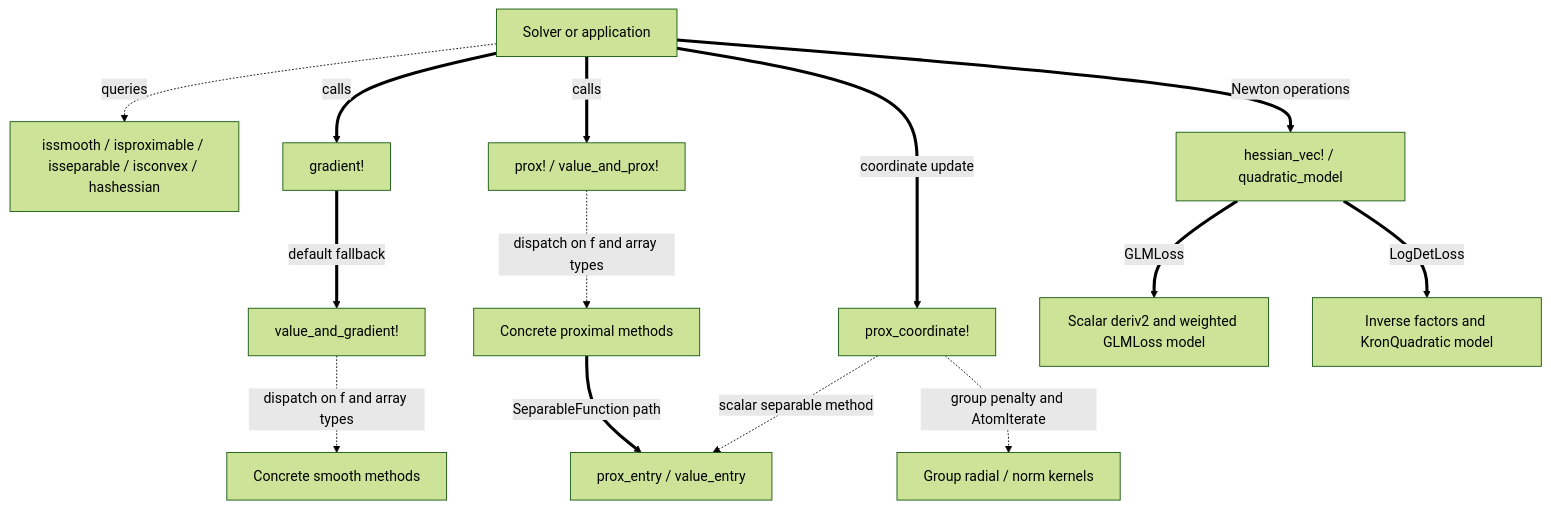
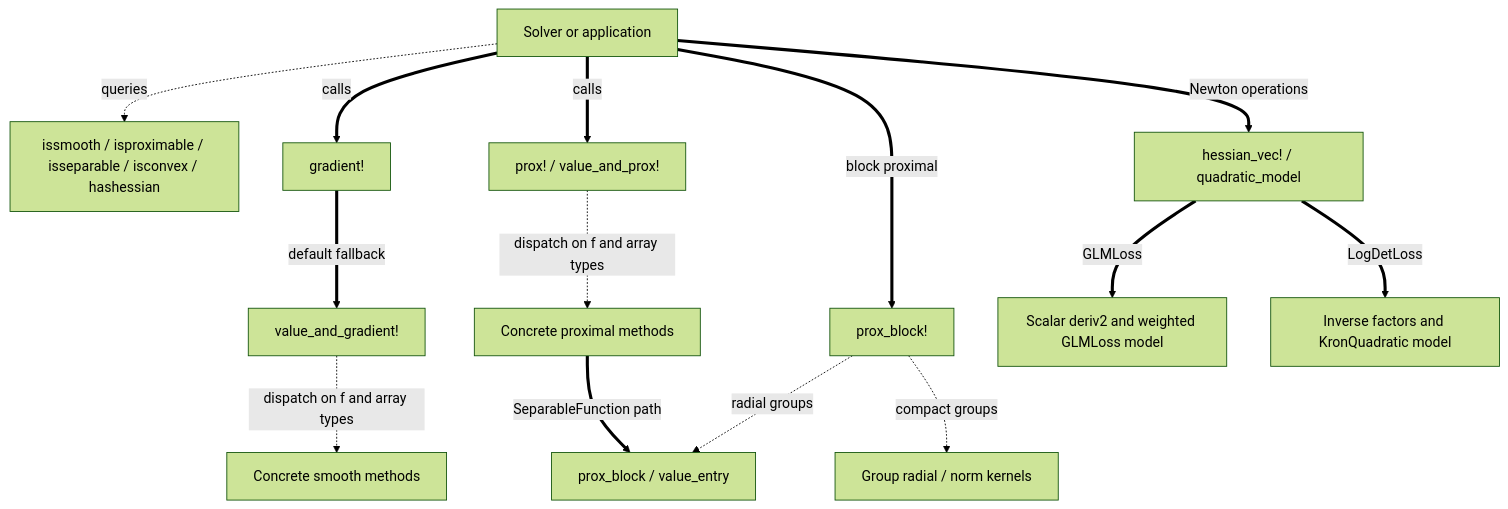
One commit to mlakolar/ProximalBase.jl changed the diagram in docs/src/assets/architecture/02-oracles.mmd. Above: the diagram before and after it, drawn with Mermaid (forest theme). The commit also changed 139 other files, not shown here.

First line of the commit message:
Replace storage-aware coordinate prox with pure block oracles (#844)

```diff
--- a/docs/src/assets/architecture/02-oracles.mmd
+++ b/docs/src/assets/architecture/02-oracles.mmd
@@ -1,15 +1,15 @@
 flowchart TD
   S["Solver or application"]
   S -.->|queries| T["issmooth / isproximable / isseparable / isconvex / hashessian"]
   S ==>|calls| G["gradient!"]
   G ==>|default fallback| VG["value_and_gradient!"]
   VG -.->|dispatch on f and array types| CG["Concrete smooth methods"]
   S ==>|calls| P["prox! / value_and_prox!"]
   P -.->|dispatch on f and array types| CP["Concrete proximal methods"]
-  CP ==>|SeparableFunction path| PE["prox_entry / value_entry"]
-  S ==>|coordinate update| C["prox_coordinate!"]
-  C -.->|scalar separable method| PE
-  C -.->|group penalty and AtomIterate| GK["Group radial / norm kernels"]
+  CP ==>|SeparableFunction path| PE["prox_block / value_entry"]
+  S ==>|block proximal| C["prox_block!"]
+  C -.->|radial groups| PE
+  C -.->|compact groups| GK["Group radial / norm kernels"]
   S ==>|Newton operations| H["hessian_vec! / quadratic_model"]
   H ==>|GLMLoss| IRLS["Scalar deriv2 and weighted GLMLoss model"]
   H ==>|LogDetLoss| KR["Inverse factors and KronQuadratic model"]
```
